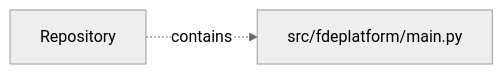
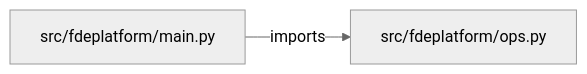
One commit to iarsingh/fde-customer-solution-platform changed the diagram in PROJECT_ARCHITECTURE.md. Above: the diagram before and after it, drawn with Mermaid (neutral theme). The commit also changed other lines of this file and 2 other files, not shown here.

Commit message:
Refresh architecture and interview guides from current implementation

````diff
--- a/PROJECT_ARCHITECTURE.md
+++ b/PROJECT_ARCHITECTURE.md
@@ -13,5 +13,6 @@
 ```mermaid
 flowchart LR
     M0["src/fdeplatform/main.py"]
-    R["Repository"] -. contains .-> M0
+    M1["src/fdeplatform/ops.py"]
+    M0 -->|imports| M1
 ```
````
